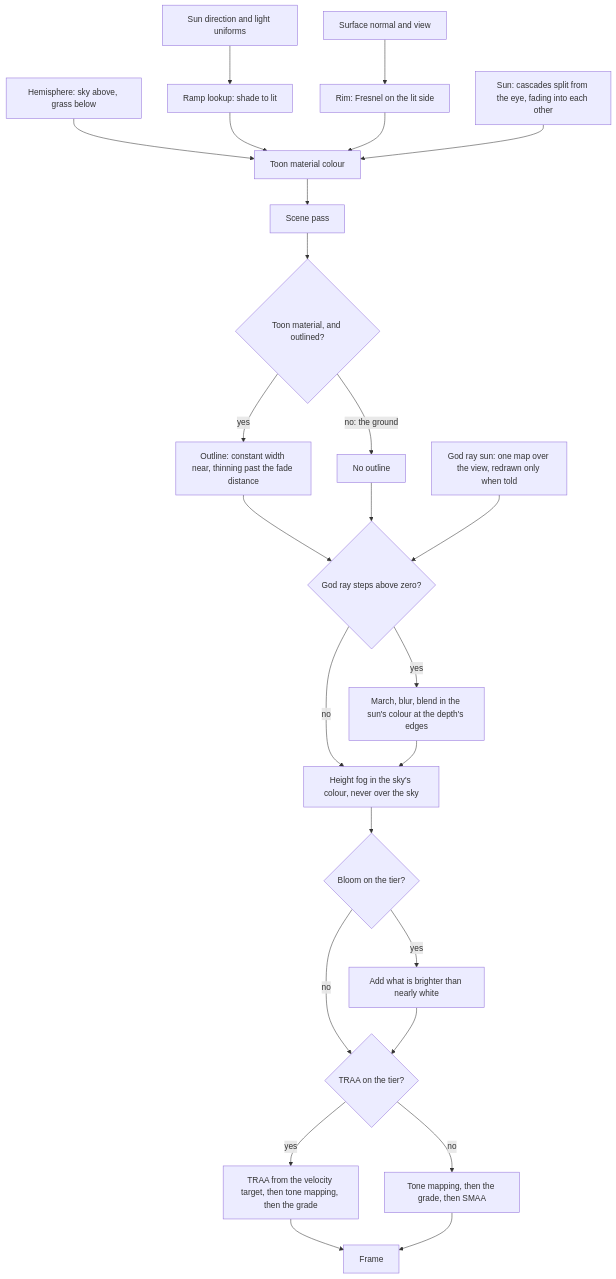
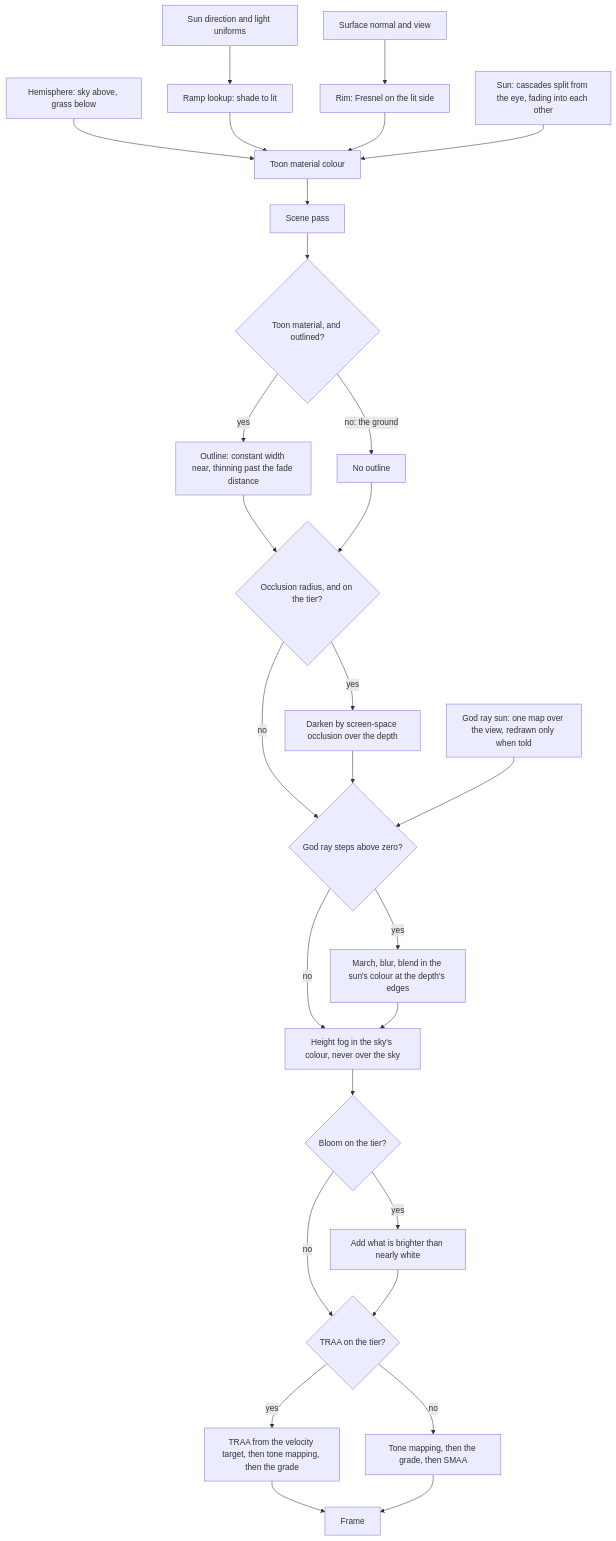
Before and after one commit to Esposter/Esposter: the diagram in apps/web/content/docs/genshin/rendering-style.md, drawn with Mermaid. The commit also changed other lines of this file and 28 other files, not shown here.

First line of the commit message:
feat(genshin): the computer's login frames take screen-space occlusion, solved into each hour's light

````diff
--- a/apps/web/content/docs/genshin/rendering-style.md
+++ b/apps/web/content/docs/genshin/rendering-style.md
@@ -12,27 +12,30 @@
 ```mermaid
 flowchart TD
   L[Sun direction and light uniforms] --> R[Ramp lookup: shade to lit]
   H[Hemisphere: sky above, grass below] --> M[Toon material colour]
   R --> M
   N[Surface normal and view] --> F[Rim: Fresnel on the lit side]
   F --> M
   S[Sun: cascades split from the eye, fading into each other] --> M
   M --> P[Scene pass]
   P --> O{Toon material, and outlined?}
   O -->|yes| OL[Outline: constant width near, thinning past the fade distance]
   O -->|no: the ground| P2[No outline]
-  OL --> G{God ray steps above zero?}
-  P2 --> G
+  OL --> AO{Occlusion radius, and on the tier?}
+  P2 --> AO
+  AO -->|yes| AOD[Darken by screen-space occlusion over the depth]
+  AO -->|no| G
+  AOD --> G{God ray steps above zero?}
   GL[God ray sun: one map over the view, redrawn only when told] --> G
   G -->|yes| GR[March, blur, blend in the sun's colour at the depth's edges]
   G -->|no| Z
   GR --> Z[Height fog in the sky's colour, never over the sky]
   Z --> B{Bloom on the tier?}
   B -->|yes| BL[Add what is brighter than nearly white]
   B -->|no| AA
   BL --> AA{TRAA on the tier?}
   AA -->|yes| T[TRAA from the velocity target, then tone mapping, then the grade]
   AA -->|no| SM[Tone mapping, then the grade, then SMAA]
   T --> X[Frame]
   SM --> X
 ```
````
